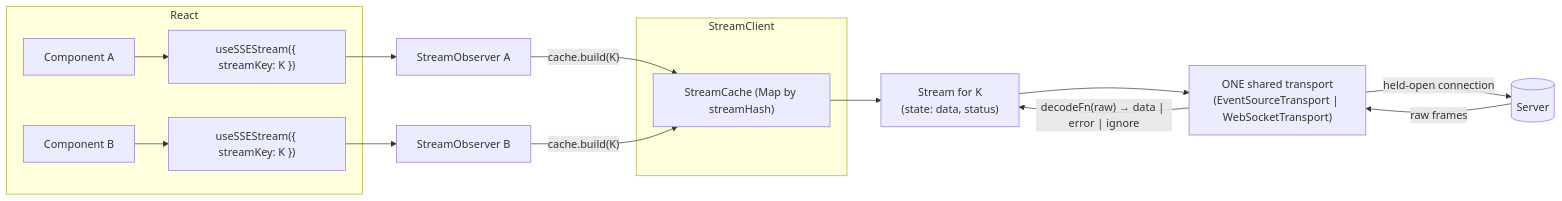
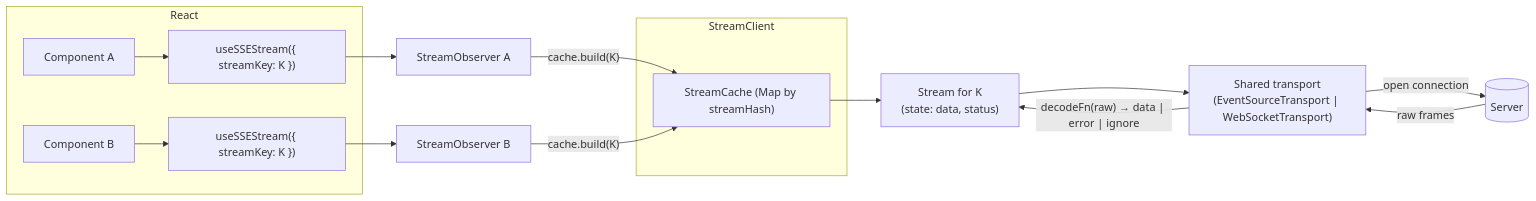
One commit to gohypergiant/standard-toolkit changed the first of 3 diagrams in packages/stream/README.md. Above: the diagram before and after it, drawn with Mermaid. The commit also changed other lines of this file, not shown here.

````diff
--- a/packages/stream/README.md
+++ b/packages/stream/README.md
@@ -47,19 +109,19 @@
 ```mermaid
 flowchart LR
     subgraph React
         A[Component A] --> HA["useSSEStream({ streamKey: K })"]
         B[Component B] --> HB["useSSEStream({ streamKey: K })"]
     end
     HA --> OA[StreamObserver A]
     HB --> OB[StreamObserver B]
     subgraph StreamClient
         C["StreamCache (Map by streamHash)"]
     end
     OA -- "cache.build(K)" --> C
     OB -- "cache.build(K)" --> C
     C --> S["Stream for K<br/>(state: data, status)"]
-    S --> T["ONE shared transport<br/>(EventSourceTransport | WebSocketTransport)"]
-    T -- "held-open connection" --> SV[(Server)]
+    S --> T["Shared transport<br/>(EventSourceTransport | WebSocketTransport)"]
+    T -- "open connection" --> SV[(Server)]
     SV -- "raw frames" --> T
     T -- "decodeFn(raw) → data | error | ignore" --> S
 ```
````
